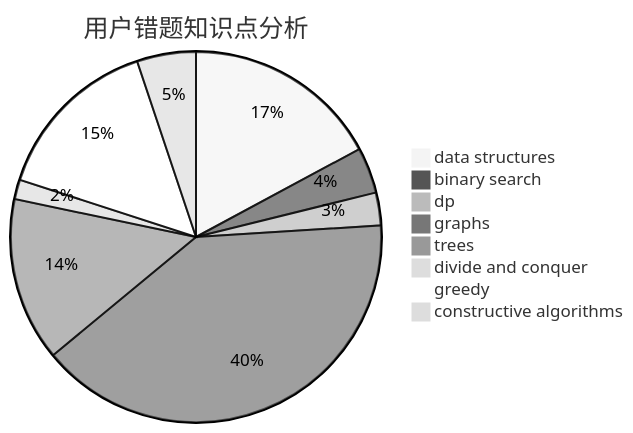
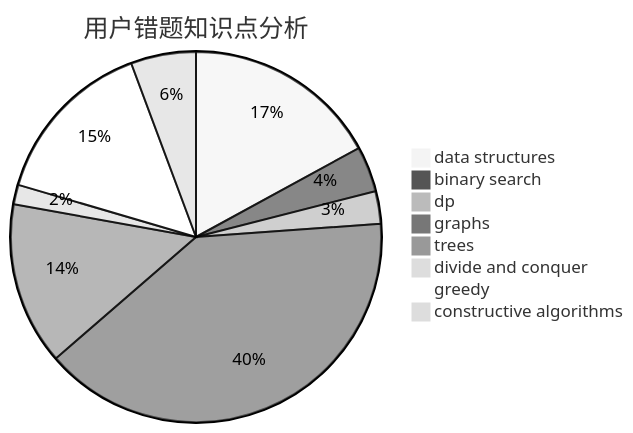
One commit to sherpahu/cfrs.github.io changed the third of 3 diagrams in docs/user/u95.md. Above: the diagram before and after it, drawn with Mermaid (neutral theme). The commit also changed other lines of this file and 2770 other files, not shown here.

````diff
--- a/docs/user/u95.md
+++ b/docs/user/u95.md
@@ -36,11 +36,11 @@
 ```mermaid
 pie title 用户错题知识点分析
     "data structures" :  30
     "binary search" :  7
     "dp" :  5
     "graphs" :  70
     "trees" :  25
     "divide and conquer" :  3
     "greedy" :  26
-    "constructive algorithms" :  9
+    "constructive algorithms" :  10
 ```
````
